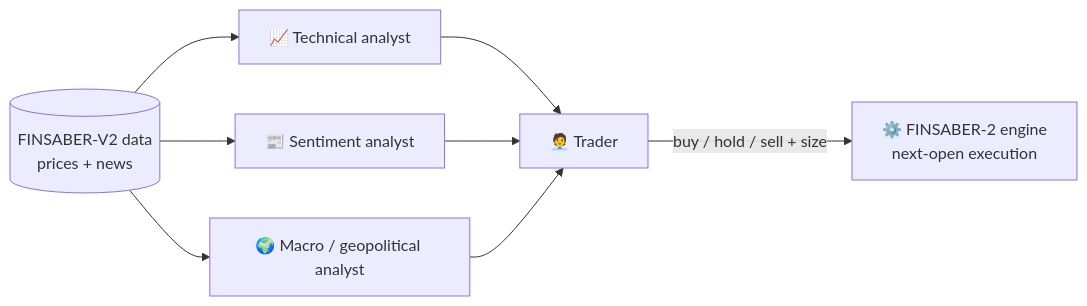
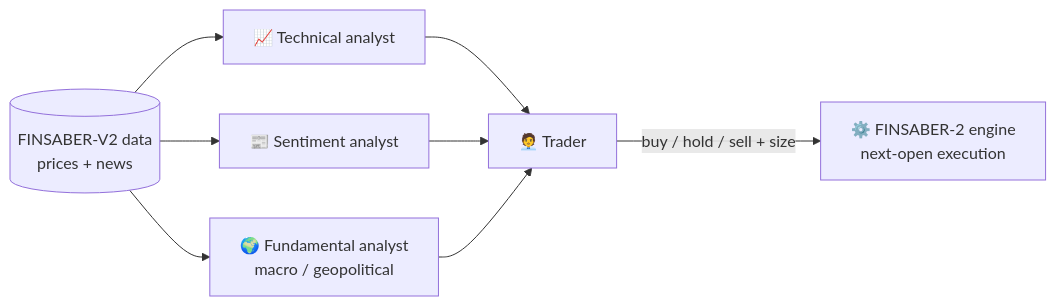
One commit to matowastaken/TFM changed the diagram in README.md. Above: the diagram before and after it, drawn with Mermaid. The commit also changed other lines of this file, not shown here.

````diff
--- a/README.md
+++ b/README.md
@@ -31,10 +31,10 @@
 ```mermaid
 flowchart LR
   D[(FINSABER-V2 data<br/>prices + news)] --> T[📈 Technical analyst]
   D --> S[📰 Sentiment analyst]
-  D --> M[🌍 Macro / geopolitical analyst]
+  D --> M[🌍 Fundamental analyst<br/>macro / geopolitical]
   T --> TR[🧑‍💼 Trader]
   S --> TR
   M --> TR
   TR -->|buy / hold / sell + size| E[⚙️ FINSABER-2 engine<br/>next-open execution]
 ```
````
